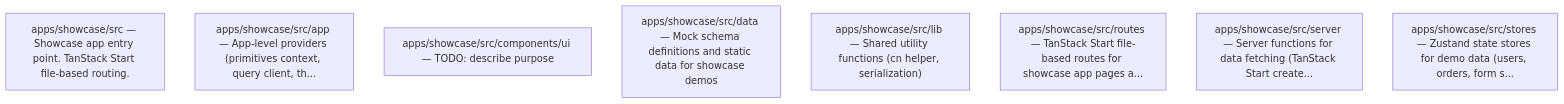
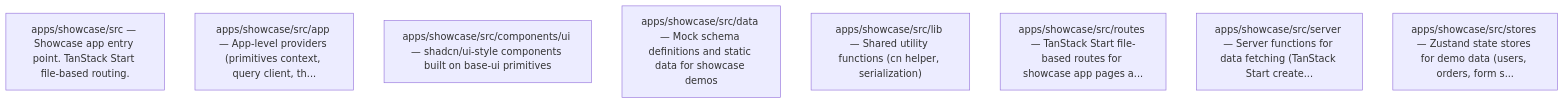
Before and after one commit to WianVDM/schema-framework: the fourth of 5 diagrams in docs/context-map.md, drawn with Mermaid. The commit also changed other lines of this file and 23 other files, not shown here.

````diff
--- a/docs/context-map.md
+++ b/docs/context-map.md
@@ -60,11 +60,11 @@
 ```mermaid
 graph TD
     apps_showcase_src["apps/showcase/src — Showcase app entry point. TanStack Start file-based routing."]
     apps_showcase_src_app["apps/showcase/src/app — App-level providers (primitives context, query client, th..."]
-    apps_showcase_src_components_ui["apps/showcase/src/components/ui — TODO: describe purpose"]
+    apps_showcase_src_components_ui["apps/showcase/src/components/ui — shadcn/ui-style components built on base-ui primitives"]
     apps_showcase_src_data["apps/showcase/src/data — Mock schema definitions and static data for showcase demos"]
     apps_showcase_src_lib["apps/showcase/src/lib — Shared utility functions (cn helper, serialization)"]
     apps_showcase_src_routes["apps/showcase/src/routes — TanStack Start file-based routes for showcase app pages a..."]
     apps_showcase_src_server["apps/showcase/src/server — Server functions for data fetching (TanStack Start create..."]
     apps_showcase_src_stores["apps/showcase/src/stores — Zustand state stores for demo data (users, orders, form s..."]
 ```
````
